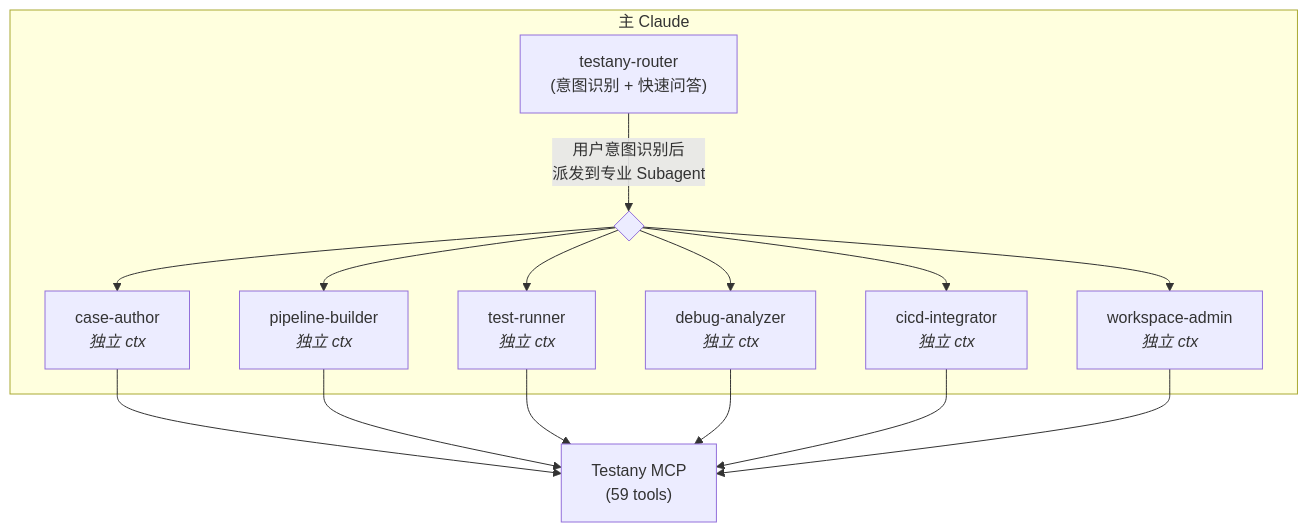
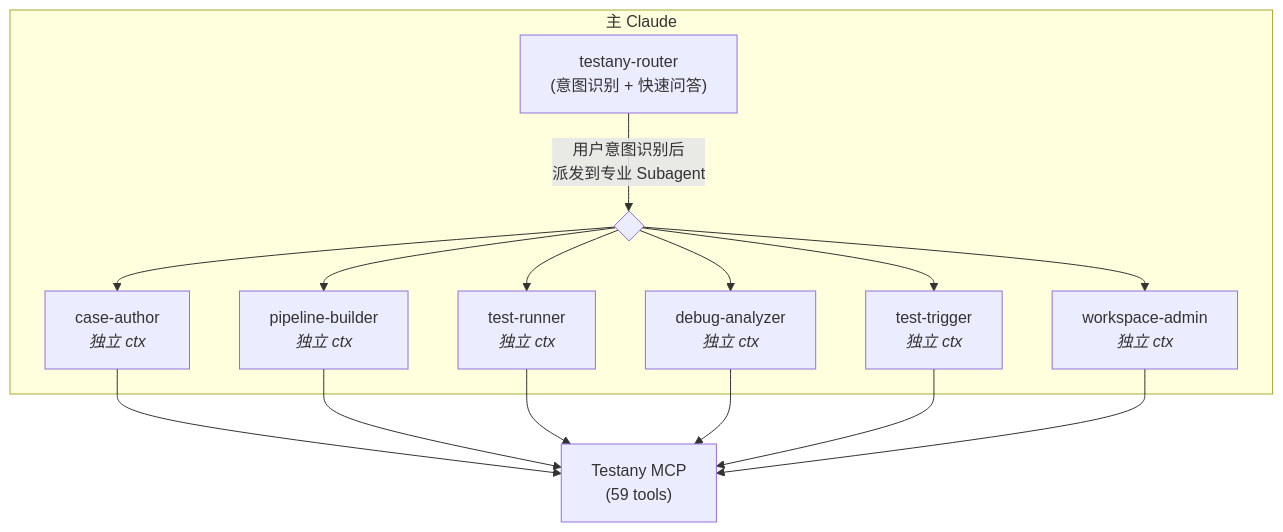
The diagram in plugins/testany-bot-for-claude/README.md (TestAny-io/testany-agent-skills), drawn with Mermaid before and after one commit. The commit also changed other lines of this file and 9 other files, not shown here.

First line of the commit message:
refactor(testany-bot): rename cicd to trigger for clarity

````diff
--- a/plugins/testany-bot-for-claude/README.md
+++ b/plugins/testany-bot-for-claude/README.md
@@ -61,22 +61,22 @@
 ```mermaid
 flowchart TB
     subgraph MainClaude["主 Claude"]
         Router["testany-router<br/>(意图识别 + 快速问答)"]
         Router --> |用户意图识别后<br/>派发到专业 Subagent| Dispatch{" "}
         Dispatch --> CaseAuthor["case-author<br/><i>独立 ctx</i>"]
         Dispatch --> PipelineBuilder["pipeline-builder<br/><i>独立 ctx</i>"]
         Dispatch --> TestRunner["test-runner<br/><i>独立 ctx</i>"]
         Dispatch --> DebugAnalyzer["debug-analyzer<br/><i>独立 ctx</i>"]
-        Dispatch --> CicdIntegrator["cicd-integrator<br/><i>独立 ctx</i>"]
+        Dispatch --> TestTrigger["test-trigger<br/><i>独立 ctx</i>"]
         Dispatch --> WorkspaceAdmin["workspace-admin<br/><i>独立 ctx</i>"]
     end
 
     CaseAuthor --> MCP
     PipelineBuilder --> MCP
     TestRunner --> MCP
     DebugAnalyzer --> MCP
-    CicdIntegrator --> MCP
+    TestTrigger --> MCP
     WorkspaceAdmin --> MCP
 
     MCP["Testany MCP<br/>(59 tools)"]
 ```
````
